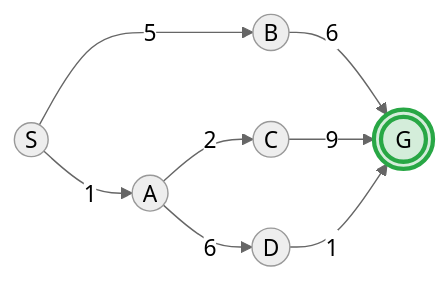
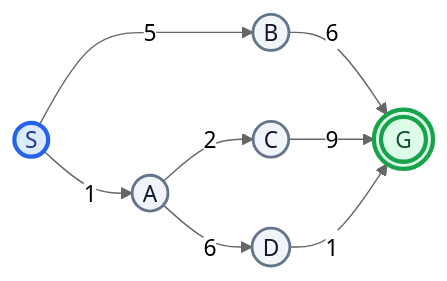
The seventh of 31 diagrams in README.md (shimulshoishob/Artificial_Intelligence_CSE366), drawn with Mermaid (neutral theme) before and after one commit. The commit also changed other lines of this file, not shown here.

````diff
--- a/README.md
+++ b/README.md
@@ -282,13 +321,18 @@
 ```mermaid
 graph LR
     S((S)) -- 1 --> A((A))
     S -- 5 --> B((B))
     A -- 2 --> C((C))
     A -- 6 --> D((D))
     B -- 6 --> G(((G)))
     C -- 9 --> G
     D -- 1 --> G
 
-    classDef goal fill:#d4edda,stroke:#28a745,stroke-width:3px;
-    class G goal;
+    classDef startNode fill:#dbeafe,stroke:#2563eb,stroke-width:3px,color:#1e3a8a;
+    classDef midNode fill:#f1f5f9,stroke:#64748b,stroke-width:2px,color:#0f172a;
+    classDef goalNode fill:#dcfce7,stroke:#16a34a,stroke-width:3px,color:#14532d;
+
+    class S startNode;
+    class A,B,C,D midNode;
+    class G goalNode;
 ```
````
